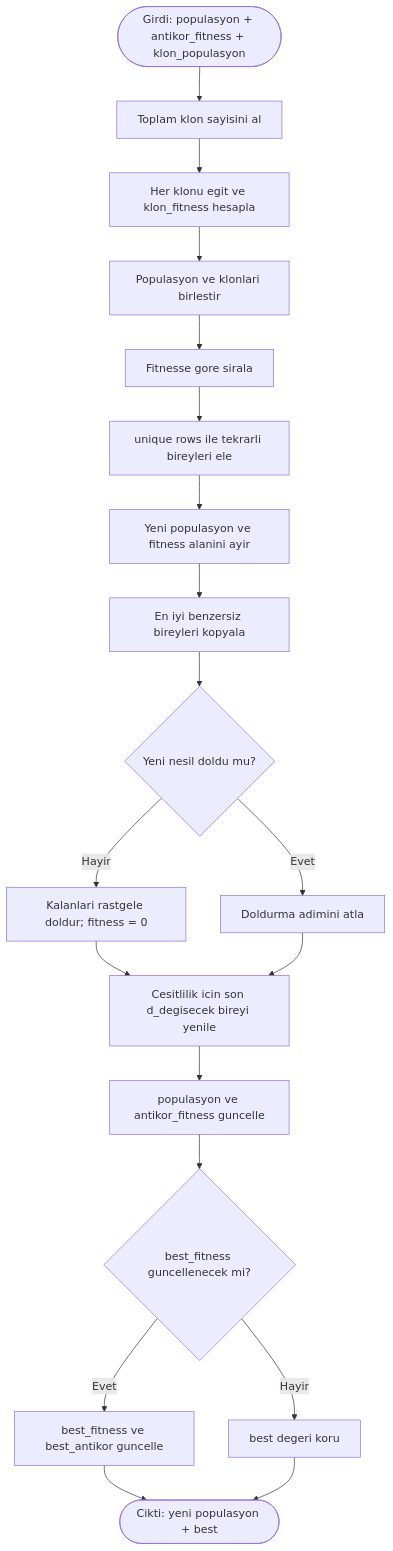
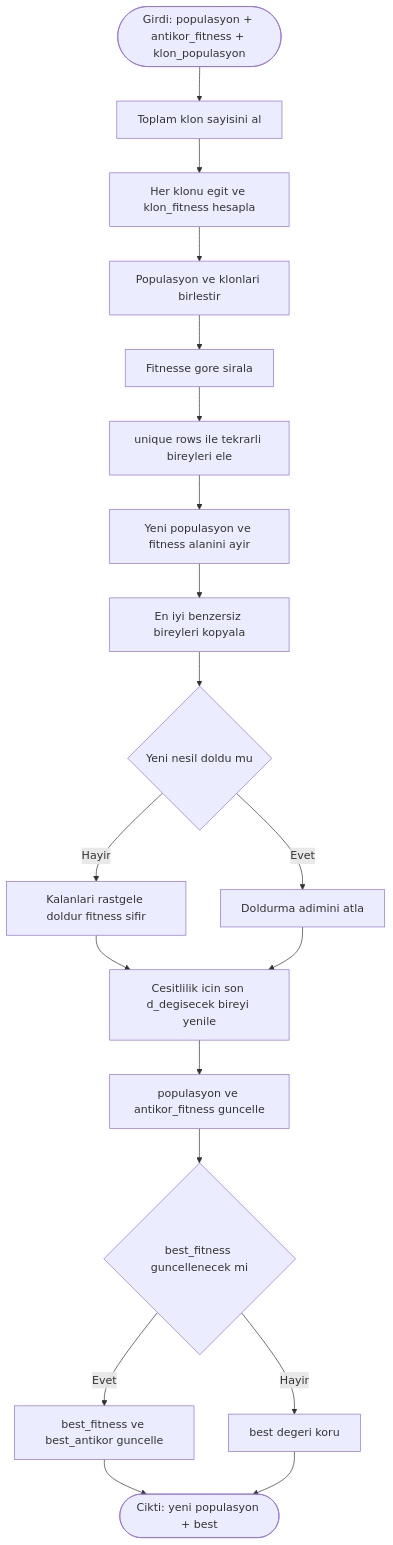
One commit to RamazanKaratut/Opt_Alg_2_Clonalg changed the fourth of 4 diagrams in akis_semasi.md. Above: the diagram before and after it, drawn with Mermaid. The commit also changed other lines of this file and 1 other file, not shown here.

````diff
--- a/akis_semasi.md
+++ b/akis_semasi.md
@@ -77,21 +77,21 @@
 ```mermaid
 flowchart TD
     A([Girdi: populasyon + antikor_fitness + klon_populasyon]) --> B[Toplam klon sayisini al]
     B --> C[Her klonu egit ve klon_fitness hesapla]
     C --> D[Populasyon ve klonlari birlestir]
     D --> E[Fitnesse gore sirala]
     E --> F[unique rows ile tekrarli bireyleri ele]
     F --> G[Yeni populasyon ve fitness alanini ayir]
     G --> H[En iyi benzersiz bireyleri kopyala]
-    H --> I{Yeni nesil doldu mu?}
-    I -- Hayir --> J[Kalanlari rastgele doldur; fitness = 0]
+    H --> I{Yeni nesil doldu mu}
+    I -- Hayir --> J[Kalanlari rastgele doldur fitness sifir]
     I -- Evet --> K[Doldurma adimini atla]
     J --> L[Cesitlilik icin son d_degisecek bireyi yenile]
     K --> L
     L --> M[populasyon ve antikor_fitness guncelle]
-    M --> N{best_fitness guncellenecek mi?}
+    M --> N{best_fitness guncellenecek mi}
     N -- Evet --> O[best_fitness ve best_antikor guncelle]
     N -- Hayir --> P[best degeri koru]
     O --> Q([Cikti: yeni populasyon + best])
     P --> Q
 ```
````
